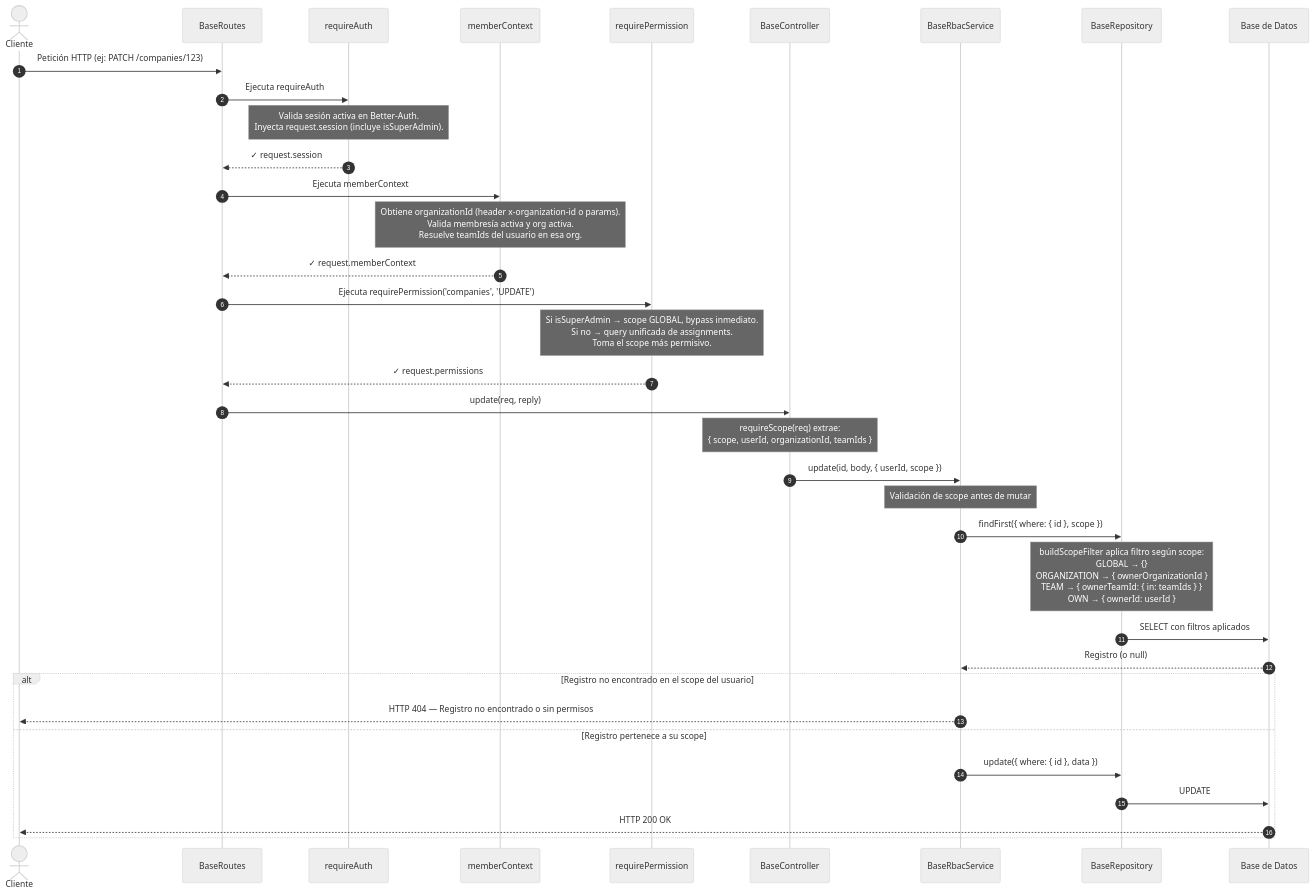
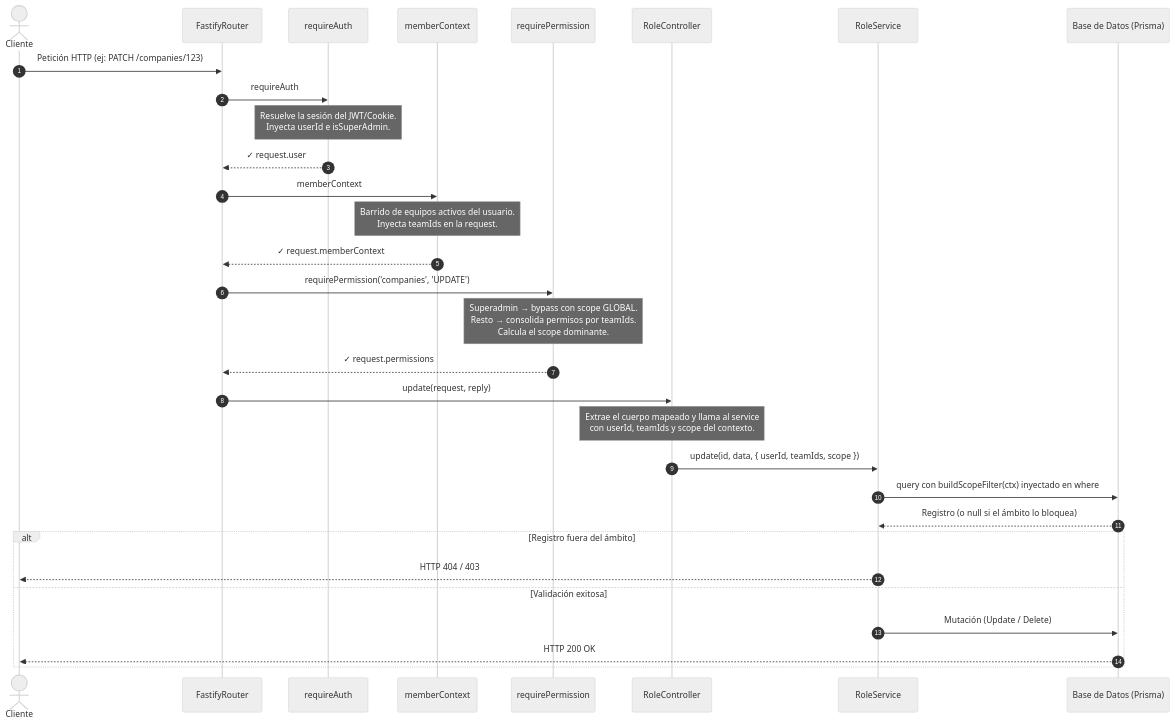
One commit to javireyramirez/plantilla-fastify changed the third of 3 diagrams in rbac_ampliado.md. Above: the diagram before and after it, drawn with Mermaid (neutral theme). The commit also changed other lines of this file and 2 other files, not shown here.

````diff
--- a/rbac_ampliado.md
+++ b/rbac_ampliado.md
@@ -165,45 +238,40 @@
 ```mermaid
 sequenceDiagram
     autonumber
     actor Cliente
-    participant Router as BaseRoutes
+    participant Router as FastifyRouter
     participant Hook1 as requireAuth
     participant Hook2 as memberContext
     participant Hook3 as requirePermission
-    participant Ctrl as BaseController
-    participant Srv as BaseRbacService
-    participant Repo as BaseRepository
-    participant DB as Base de Datos
+    participant Ctrl as RoleController
+    participant Srv as RoleService
+    participant DB as Base de Datos (Prisma)
 
     Cliente->>Router: Petición HTTP (ej: PATCH /companies/123)
 
-    Router->>Hook1: Ejecuta requireAuth
-    Note over Hook1: Valida sesión activa en Better-Auth.<br/>Inyecta request.session (incluye isSuperAdmin).
-    Hook1-->>Router: ✓ request.session
+    Router->>Hook1: requireAuth
+    Note over Hook1: Resuelve la sesión del JWT/Cookie.<br/>Inyecta userId e isSuperAdmin.
+    Hook1-->>Router: ✓ request.user
 
-    Router->>Hook2: Ejecuta memberContext
-    Note over Hook2: Obtiene organizationId (header x-organization-id o params).<br/>Valida membresía activa y org activa.<br/>Resuelve teamIds del usuario en esa org.
+    Router->>Hook2: memberContext
+    Note over Hook2: Barrido de equipos activos del usuario.<br/>Inyecta teamIds en la request.
     Hook2-->>Router: ✓ request.memberContext
 
-    Router->>Hook3: Ejecuta requirePermission('companies', 'UPDATE')
-    Note over Hook3: Si isSuperAdmin → scope GLOBAL, bypass inmediato.<br/>Si no → query unificada de assignments.<br/>Toma el scope más permisivo.
+    Router->>Hook3: requirePermission('companies', 'UPDATE')
+    Note over Hook3: Superadmin → bypass con scope GLOBAL.<br/>Resto → consolida permisos por teamIds.<br/>Calcula el scope dominante.
     Hook3-->>Router: ✓ request.permissions
 
-    Router->>Ctrl: update(req, reply)
-    Note over Ctrl: requireScope(req) extrae:<br/>{ scope, userId, organizationId, teamIds }
-    Ctrl->>Srv: update(id, body, { userId, scope })
+    Router->>Ctrl: update(request, reply)
+    Note over Ctrl: Extrae el cuerpo mapeado y llama al service<br/>con userId, teamIds y scope del contexto.
+    Ctrl->>Srv: update(id, data, { userId, teamIds, scope })
 
-    Note over Srv: Validación de scope antes de mutar
-    Srv->>Repo: findFirst({ where: { id }, scope })
-    Note over Repo: buildScopeFilter aplica filtro según scope:<br/>GLOBAL → {}<br/>ORGANIZATION → { ownerOrganizationId }<br/>TEAM → { ownerTeamId: { in: teamIds } }<br/>OWN → { ownerId: userId }
-    Repo->>DB: SELECT con filtros aplicados
-    DB-->>Srv: Registro (o null)
+    Srv->>DB: query con buildScopeFilter(ctx) inyectado en where
+    DB-->>Srv: Registro (o null si el ámbito lo bloquea)
 
-    alt Registro no encontrado en el scope del usuario
-        Srv-->>Cliente: HTTP 404 — Registro no encontrado o sin permisos
-    else Registro pertenece a su scope
-        Srv->>Repo: update({ where: { id }, data })
-        Repo->>DB: UPDATE
+    alt Registro fuera del ámbito
+        Srv-->>Cliente: HTTP 404 / 403
+    else Validación exitosa
+        Srv->>DB: Mutación (Update / Delete)
         DB-->>Cliente: HTTP 200 OK
     end
 ```
````
